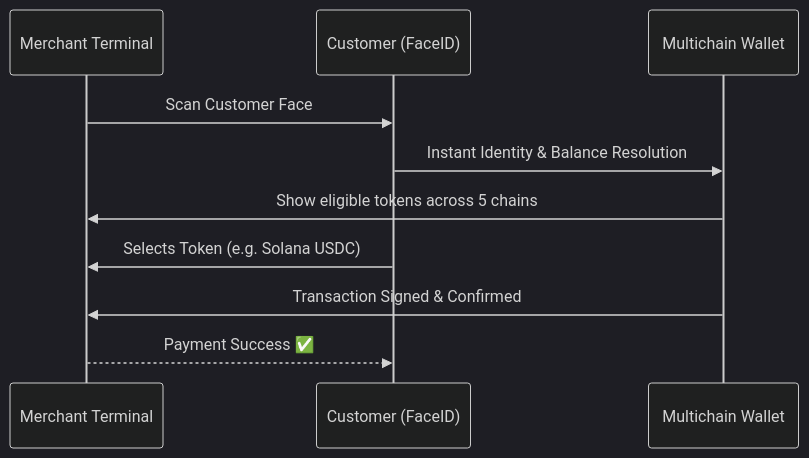
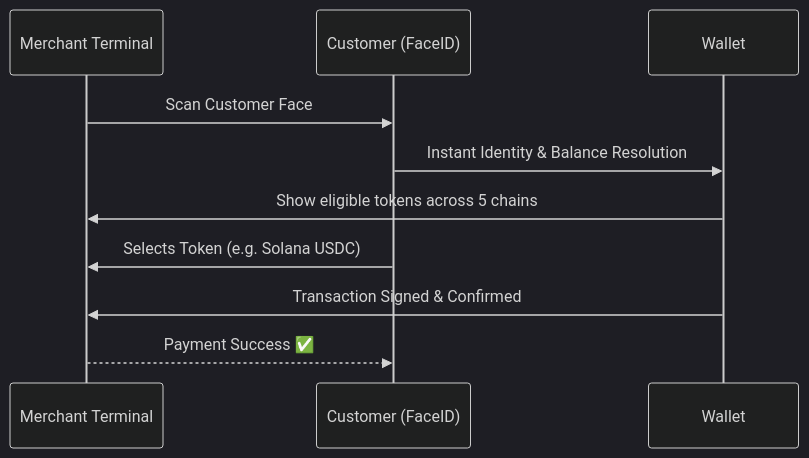
Before and after one commit to altaga/EffiSend-Solana: the fifth of 8 diagrams in README.MD, drawn with Mermaid (dark theme). The commit also changed other lines of this file, not shown here.

````diff
--- a/README.MD
+++ b/README.MD
@@ -173,13 +172,13 @@
  ```mermaid
  sequenceDiagram
     participant M as Merchant Terminal
     participant C as Customer (FaceID)
-    participant W as Multichain Wallet
+    participant W as  Wallet
 
     M->>C: Scan Customer Face
     C->>W: Instant Identity & Balance Resolution
     W->>M: Show eligible tokens across 5 chains
     C->>M: Selects Token (e.g. Solana USDC)
     W->>M: Transaction Signed & Confirmed
     M-->>C: Payment Success ✅
 ```
````
